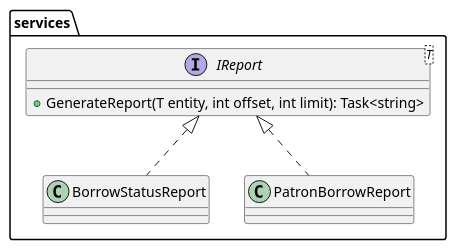
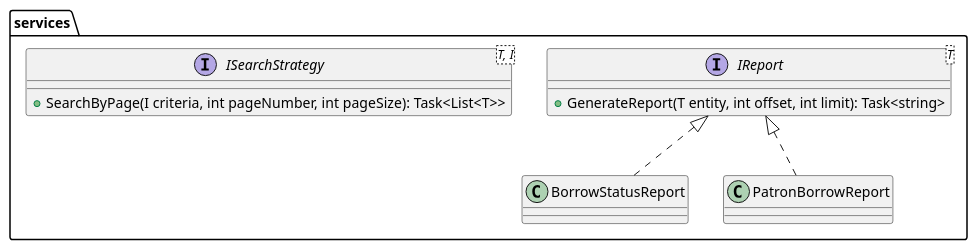
The diagram in system-design/class-diagram/domain/services.puml (programacion-6/Opcion1LosBorbotones), drawn with PlantUML before and after one commit. The commit also changed 9 other files, not shown here.

Commit message:
chore: updated uml

```diff
--- a/system-design/class-diagram/domain/services.puml
+++ b/system-design/class-diagram/domain/services.puml
@@ -1,9 +1,13 @@
 @startuml
 package services {
     interface IReport<T> {
         + GenerateReport(T entity, int offset, int limit): Task<string>
     }
     IReport <|.. BorrowStatusReport
     IReport <|.. PatronBorrowReport
+
+    interface ISearchStrategy<T, I> {
+        + SearchByPage(I criteria, int pageNumber, int pageSize): Task<List<T>>
+    }
 }
 @enduml
```
